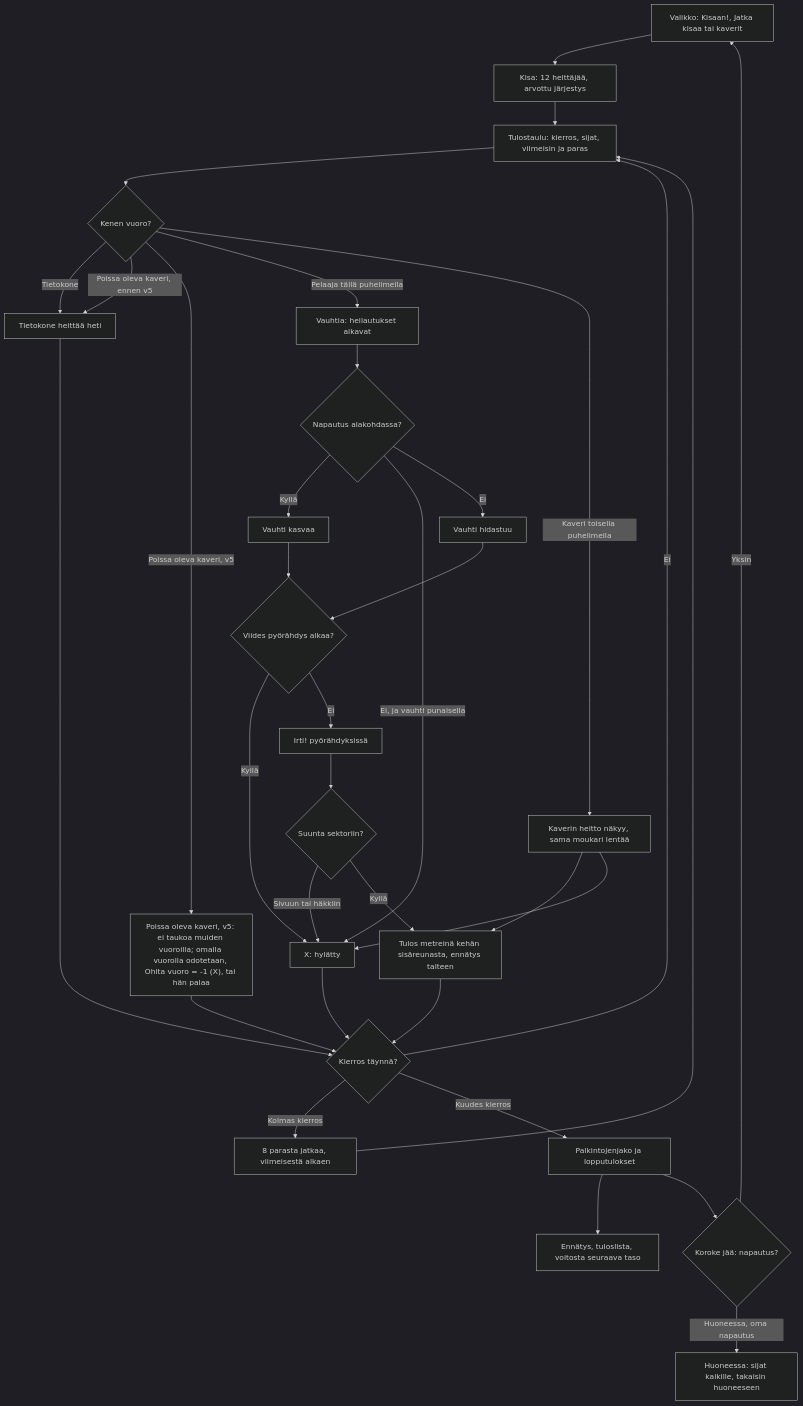
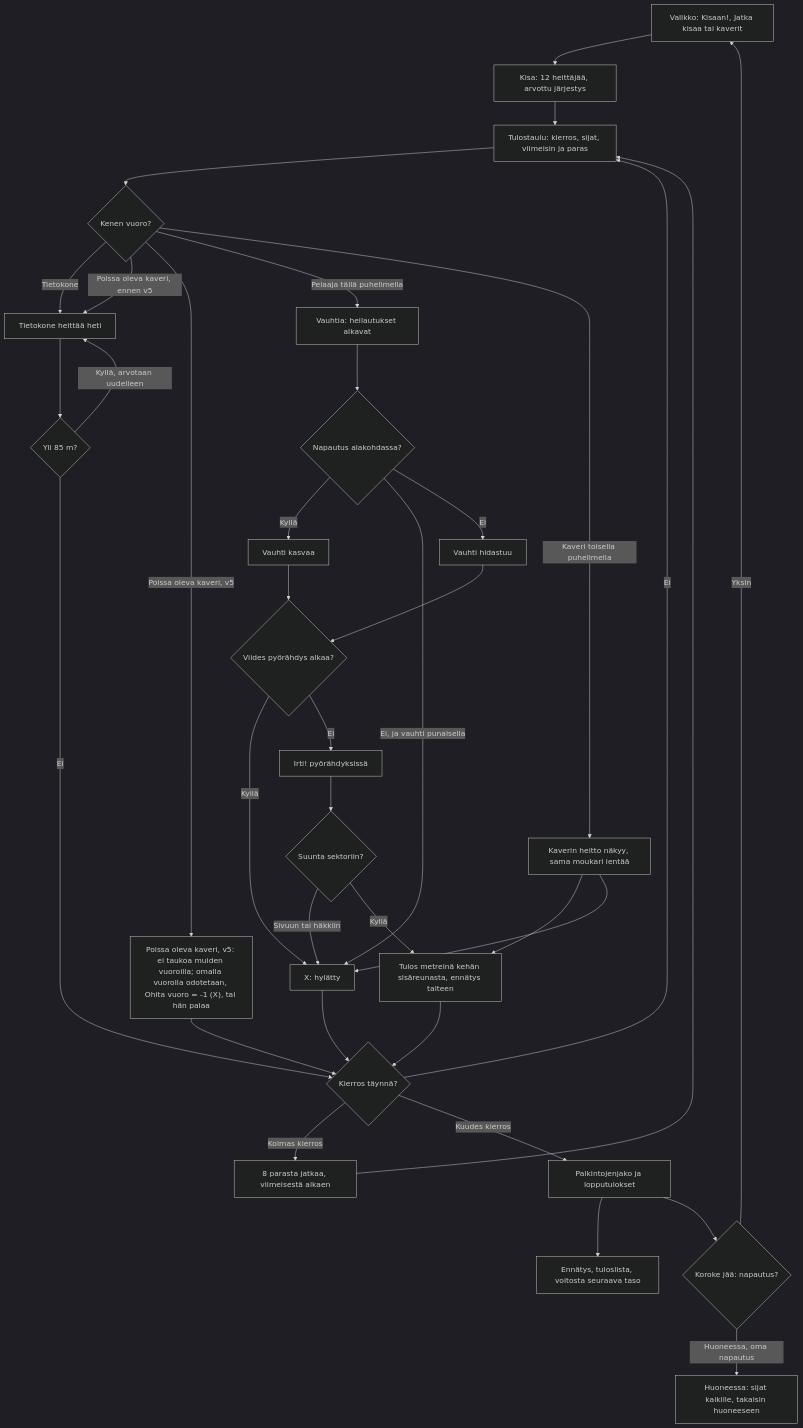
One commit to eerovil/ai-pelit changed the diagram in docs/diagrams/moukarinheitto.md. Above: the diagram before and after it, drawn with Mermaid (dark theme). The commit also changed other lines of this file and 7 other files, not shown here.

````diff
--- a/docs/diagrams/moukarinheitto.md
+++ b/docs/diagrams/moukarinheitto.md
@@ -26,42 +28,44 @@
 ```mermaid
 flowchart TD
   M[Valikko: Kisaan!, Jatka kisaa tai kaverit] --> K[Kisa: 12 heittäjää, arvottu järjestys]
   K --> T[Tulostaulu: kierros, sijat, viimeisin ja paras]
   T --> Q{Kenen vuoro?}
   Q -- Tietokone --> CPU[Tietokone heittää heti]
   Q -- Poissa oleva kaveri, ennen v5 --> CPU
   Q -- Poissa oleva kaveri, v5 --> AWAY["Poissa oleva kaveri, v5: ei taukoa muiden vuoroilla; omalla vuorolla odotetaan, Ohita vuoro = -1 (X), tai hän palaa"]
   AWAY --> NX
-  CPU --> NX
+  CPU --> CAP{Yli 85 m?}
+  CAP -- Kyllä, arvotaan uudelleen --> CPU
+  CAP -- Ei --> NX
   Q -- Pelaaja tällä puhelimella --> S[Vauhtia: heilautukset alkavat]
   Q -- Kaveri toisella puhelimella --> WT[Kaverin heitto näkyy, sama moukari lentää]
   S --> LP{Napautus alakohdassa?}
   LP -- Kyllä --> UP[Vauhti kasvaa]
   LP -- Ei, ja vauhti punaisella --> X[X: hylätty]
   LP -- Ei --> DN[Vauhti hidastuu]
   UP --> N5{Viides pyörähdys alkaa?}
   DN --> N5
   N5 -- Kyllä --> X
   N5 -- Ei --> I[Irti! pyörähdyksissä]
   I --> SEC{Suunta sektoriin?}
   SEC -- Sivuun tai häkkiin --> X
   SEC -- Kyllä --> D[Tulos metreinä kehän sisäreunasta, ennätys talteen]
   WT --> D
   WT --> X
   D --> NX{Kierros täynnä?}
   X --> NX
   NX -- Ei --> T
   NX -- Kolmas kierros --> CUT[8 parasta jatkaa, viimeisestä alkaen]
   NX -- Kuudes kierros --> END[Palkintojenjako ja lopputulokset]
   CUT --> T
   END --> SV[Ennätys, tuloslista, voitosta seuraava taso]
   END --> TAP{Koroke jää: napautus?}
   TAP -- Yksin --> M
   TAP -- Huoneessa, oma napautus --> RM[Huoneessa: sijat kaikille, takaisin huoneeseen]
   class M,S,I,T,UP,DN blue
   class CPU,WT,AWAY violet
-  class Q,LP,N5,SEC,NX,TAP amber
+  class Q,CAP,LP,N5,SEC,NX,TAP amber
   class K,D,CUT teal
   class X rose
   class END,SV,RM green
 ```
````
